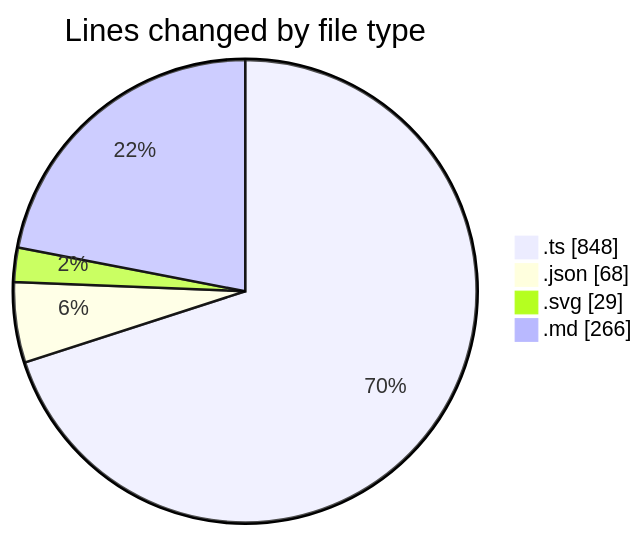
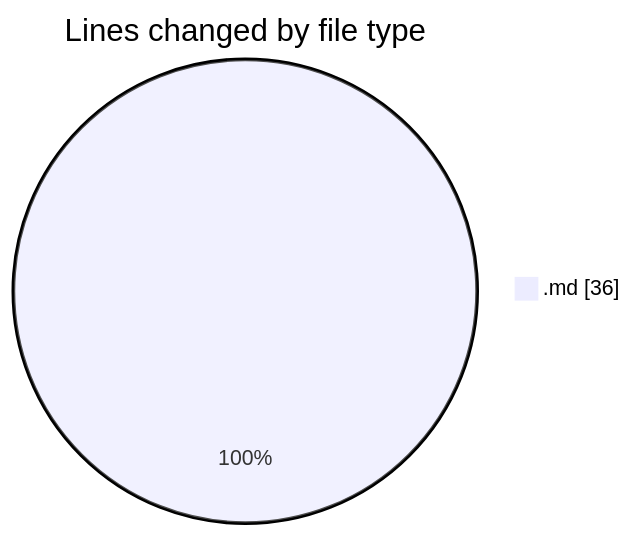
The first of 2 diagrams in 2024-12-30/my-code-activity-ext/README.md (ernivani/code-tracking), drawn with Mermaid before and after one commit. The commit also changed other lines of this file and 7 other files, not shown here.

````diff
--- a/2024-12-30/my-code-activity-ext/README.md
+++ b/2024-12-30/my-code-activity-ext/README.md
@@ -30,8 +20,5 @@
 ```mermaid
 pie showData
 title Lines changed by file type
-".ts" : 848
-".json" : 68
-".svg" : 29
-".md" : 266
+".md" : 36
 ```
````
